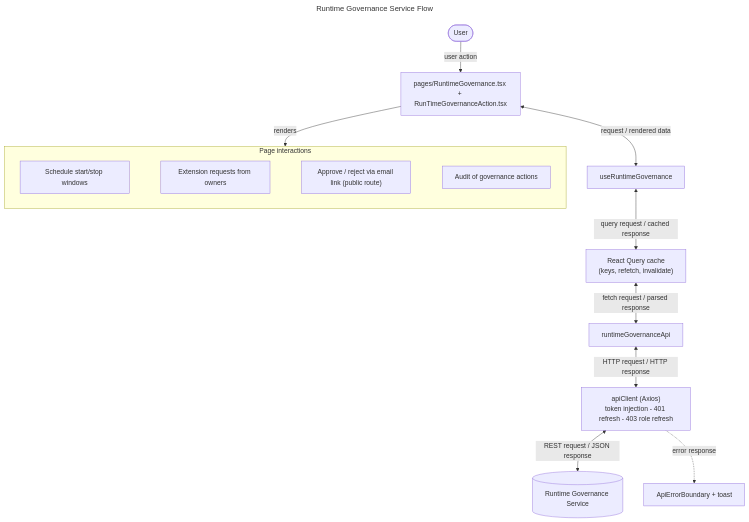
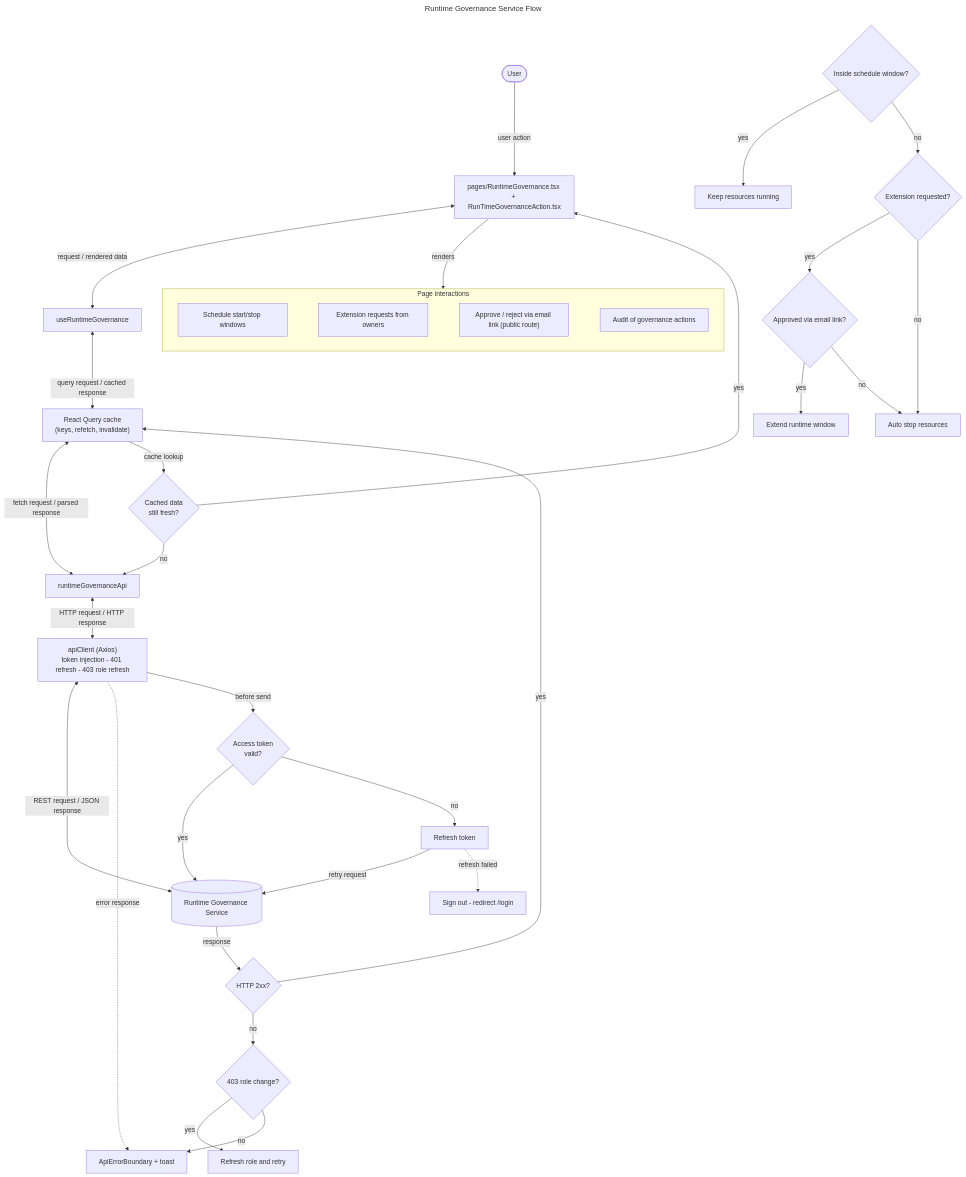
One commit to sayeeduddinofficial/user-table-view changed the diagram in docs/flowcharts/runtime-governance.mmd. Above: the diagram before and after it, drawn with Mermaid. The commit also changed 18 other files, not shown here.

```diff
--- a/docs/flowcharts/runtime-governance.mmd
+++ b/docs/flowcharts/runtime-governance.mmd
@@ -1,20 +1,42 @@
 ---
 title: Runtime Governance Service Flow
 ---
 flowchart TD
   U([User]) -->|"user action"| P["pages/RuntimeGovernance.tsx + RunTimeGovernanceAction.tsx"]
   P <-->|"request / rendered data"| H["useRuntimeGovernance"]
   H <-->|"query request / cached response"| Q["React Query cache<br/>(keys, refetch, invalidate)"]
   Q <-->|"fetch request / parsed response"| A["runtimeGovernanceApi"]
   A <-->|"HTTP request / HTTP response"| C["apiClient (Axios)<br/>token injection - 401 refresh - 403 role refresh"]
   C <-->|"REST request / JSON response"| S[("Runtime Governance Service")]
   P -->|"renders"| UI
   subgraph UI[Page interactions]
     direction LR
     S0["Schedule start/stop windows"]
     S1["Extension requests from owners"]
     S2["Approve / reject via email link (public route)"]
     S3["Audit of governance actions"]
     S0 ~~~ S1 ~~~ S2 ~~~ S3
   end
   C -. "error response" .-> E["ApiErrorBoundary + toast"]
+
+  %% ---- Condition-based paths ----
+  Q -->|"cache lookup"| D1{"Cached data<br/>still fresh?"}
+  D1 -->|"yes"| P
+  D1 -->|"no"| A
+  C -->|"before send"| D2{"Access token<br/>valid?"}
+  D2 -->|"yes"| S
+  D2 -->|"no"| RT["Refresh token"]
+  RT -->|"retry request"| S
+  RT -. "refresh failed" .-> LO["Sign out - redirect /login"]
+  S -->|"response"| D3{"HTTP 2xx?"}
+  D3 -->|"yes"| Q
+  D3 -->|"no"| D4{"403 role change?"}
+  D4 -->|"yes"| RR["Refresh role and retry"]
+  D4 -->|"no"| E
+  %% ---- Service specific decisions ----
+  X0{"Inside schedule window?"} -->|"yes"| X1["Keep resources running"]
+  X0 -->|"no"| X2{"Extension requested?"}
+  X2 -->|"yes"| X3{"Approved via email link?"}
+  X2 -->|"no"| X4["Auto stop resources"]
+  X3 -->|"yes"| X5["Extend runtime window"]
+  X3 -->|"no"| X4
```
